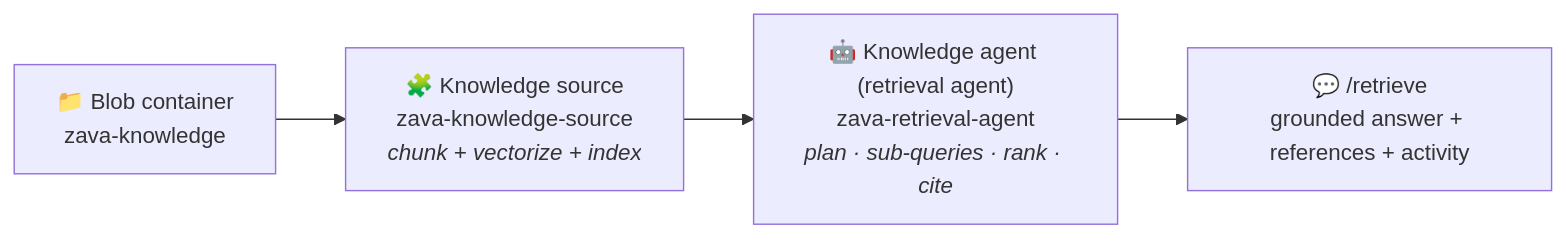
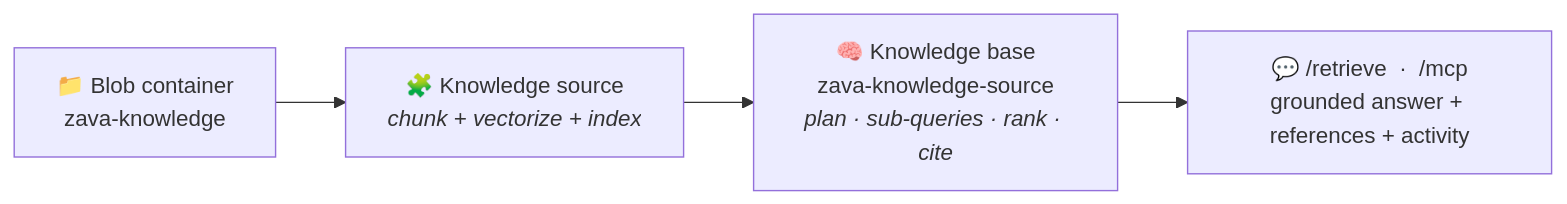
The diagram in 04-Foundry-IQ-Zava-Demo/README.md (maurominella/microsoft-ai-upskilling), drawn with Mermaid before and after one commit. The commit also changed other lines of this file, not shown here.

Commit message:
updated zava lab con knowledge base connected to the agent

````diff
--- a/04-Foundry-IQ-Zava-Demo/README.md
+++ b/04-Foundry-IQ-Zava-Demo/README.md
@@ -121,6 +124,6 @@
 ```mermaid
 flowchart LR
-    A["📁 Blob container<br/>zava-knowledge"] --> B["🧩 Knowledge source<br/>zava-knowledge-source<br/><i>chunk + vectorize + index</i>"]
-    B --> C["🤖 Knowledge agent (retrieval agent)<br/>zava-retrieval-agent<br/><i>plan · sub-queries · rank · cite</i>"]
-    C --> D["💬 /retrieve<br/>grounded answer + references + activity"]
+    A["📁 Blob container<br/>zava-knowledge"] --> B["🧩 Knowledge source<br/><i>chunk + vectorize + index</i>"]
+    B --> C["🧠 Knowledge base<br/>zava-knowledge-source<br/><i>plan · sub-queries · rank · cite</i>"]
+    C --> D["💬 /retrieve  ·  /mcp<br/>grounded answer + references + activity"]
 ```
````
